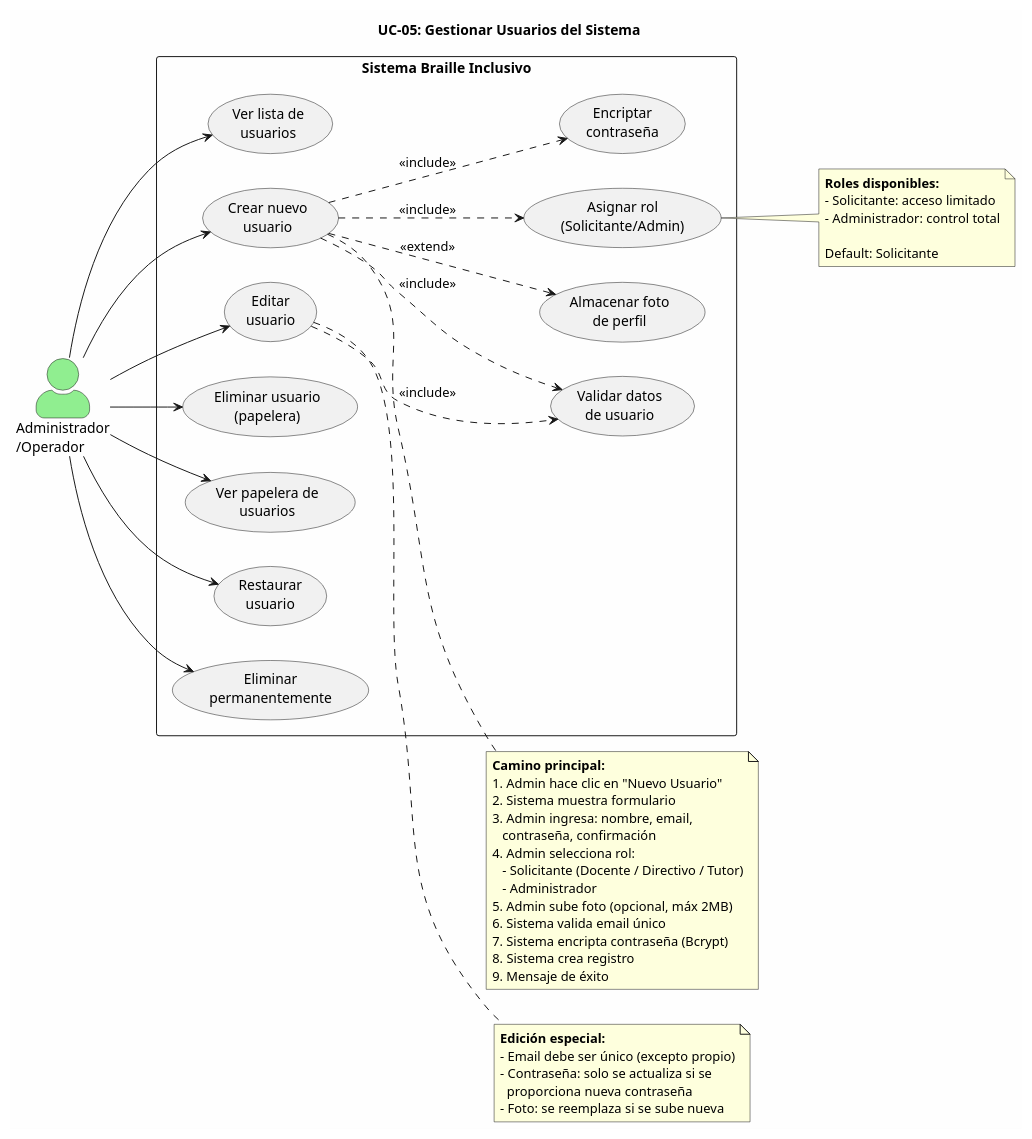
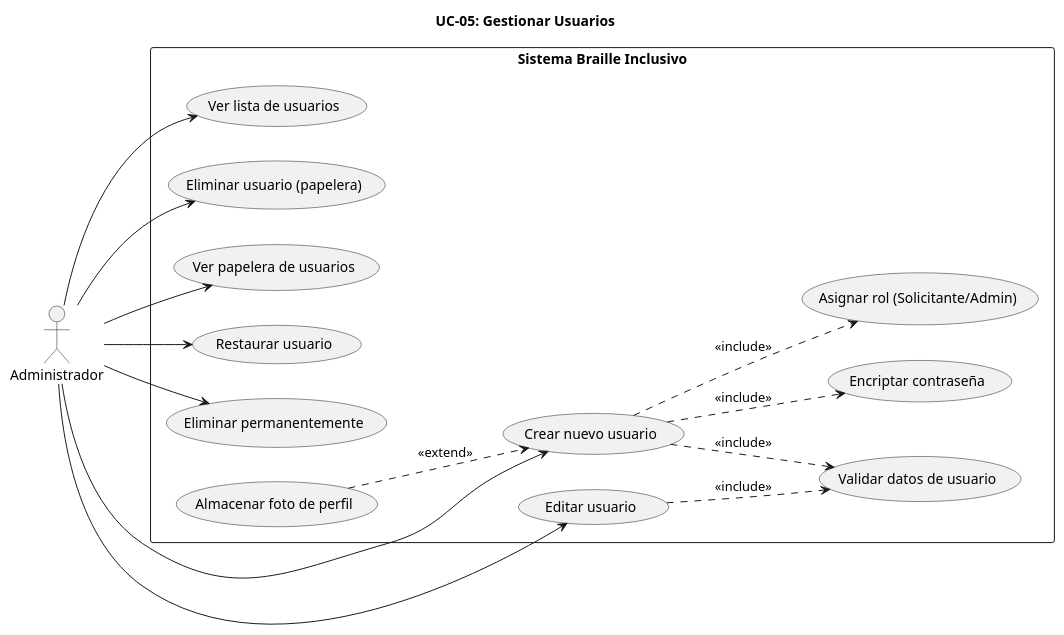
Before and after one commit to ArlTechDev/sistema-3d-inclusivo: the diagram in docs/casos_de_uso/plantuml/UC05_gestionar_usuarios.puml, drawn with PlantUML. The commit also changed 53 other files, not shown here.

Commit message:
docs(casos): diagramas UML 2.5 académicos B/N (extend corregido, sin actor Sistema, escenarios fuera) + PNG/SVG

```diff
--- a/docs/casos_de_uso/plantuml/UC05_gestionar_usuarios.puml
+++ b/docs/casos_de_uso/plantuml/UC05_gestionar_usuarios.puml
@@ -1,84 +1,40 @@
 @startuml UC05_Gestionar_Usuarios
-' =============================================
-' UC-05: Gestionar Usuarios
-' Módulo 1: Gestión de Usuarios
-' Actor: Administrador/Operador
-' =============================================
+title UC-05: Gestionar Usuarios
+
+skinparam monochrome true
+skinparam shadowing false
+skinparam backgroundColor white
 
 left to right direction
-skinparam actorStyle awesome
-skinparam packageStyle rectangle
-skinparam backgroundColor #FEFEFE
-skinparam shadowing false
 
-title UC-05: Gestionar Usuarios del Sistema
+actor "Administrador" as A
 
-' === ACTORES ===
-actor "Administrador\n/Operador" as A #LightGreen
-
-' === SISTEMA ===
 rectangle "Sistema Braille Inclusivo" {
-
-    usecase "Ver lista de\nusuarios" as UC05a
-    usecase "Crear nuevo\nusuario" as UC05b
-    usecase "Editar\nusuario" as UC05c
-    usecase "Eliminar usuario\n(papelera)" as UC05d
-    usecase "Ver papelera de\nusuarios" as UC05e
-    usecase "Restaurar\nusuario" as UC05f
-    usecase "Eliminar\npermanentemente" as UC05g
-    usecase "Validar datos\nde usuario" as UC05h
-    usecase "Asignar rol\n(Solicitante/Admin)" as UC05i
-    usecase "Encriptar\ncontraseña" as UC05j
-    usecase "Almacenar foto\nde perfil" as UC05k
-
+    usecase "Ver lista de usuarios" as UC05a
+    usecase "Crear nuevo usuario" as UC05b
+    usecase "Editar usuario" as UC05c
+    usecase "Eliminar usuario (papelera)" as UC05d
+    usecase "Ver papelera de usuarios" as UC05e
+    usecase "Restaurar usuario" as UC05f
+    usecase "Eliminar permanentemente" as UC05g
+    usecase "Validar datos de usuario" as UC05h
+    usecase "Asignar rol (Solicitante/Admin)" as UC05i
+    usecase "Encriptar contraseña" as UC05j
+    usecase "Almacenar foto de perfil" as UC05k
 }
 
-' === CONEXIONES ===
 A --> UC05a
 A --> UC05b
 A --> UC05c
 A --> UC05d
 A --> UC05e
 A --> UC05f
 A --> UC05g
 
 UC05b ..> UC05h : <<include>>
 UC05b ..> UC05i : <<include>>
 UC05b ..> UC05j : <<include>>
-UC05b ..> UC05k : <<extend>>
 UC05c ..> UC05h : <<include>>
-
-' === NOTAS ===
-note right of UC05b
-  **Camino principal:**
-  1. Admin hace clic en "Nuevo Usuario"
-  2. Sistema muestra formulario
-  3. Admin ingresa: nombre, email,
-     contraseña, confirmación
-  4. Admin selecciona rol:
-     - Solicitante (Docente / Directivo / Tutor)
-     - Administrador
-  5. Admin sube foto (opcional, máx 2MB)
-  6. Sistema valida email único
-  7. Sistema encripta contraseña (Bcrypt)
-  8. Sistema crea registro
-  9. Mensaje de éxito
-end note
-
-note right of UC05c
-  **Edición especial:**
-  - Email debe ser único (excepto propio)
-  - Contraseña: solo se actualiza si se
-    proporciona nueva contraseña
-  - Foto: se reemplaza si se sube nueva
-end note
-
-note right of UC05i
-  **Roles disponibles:**
-  - Solicitante: acceso limitado
-  - Administrador: control total
-
-  Default: Solicitante
-end note
+UC05k ..> UC05b : <<extend>>
 
 @enduml
```
